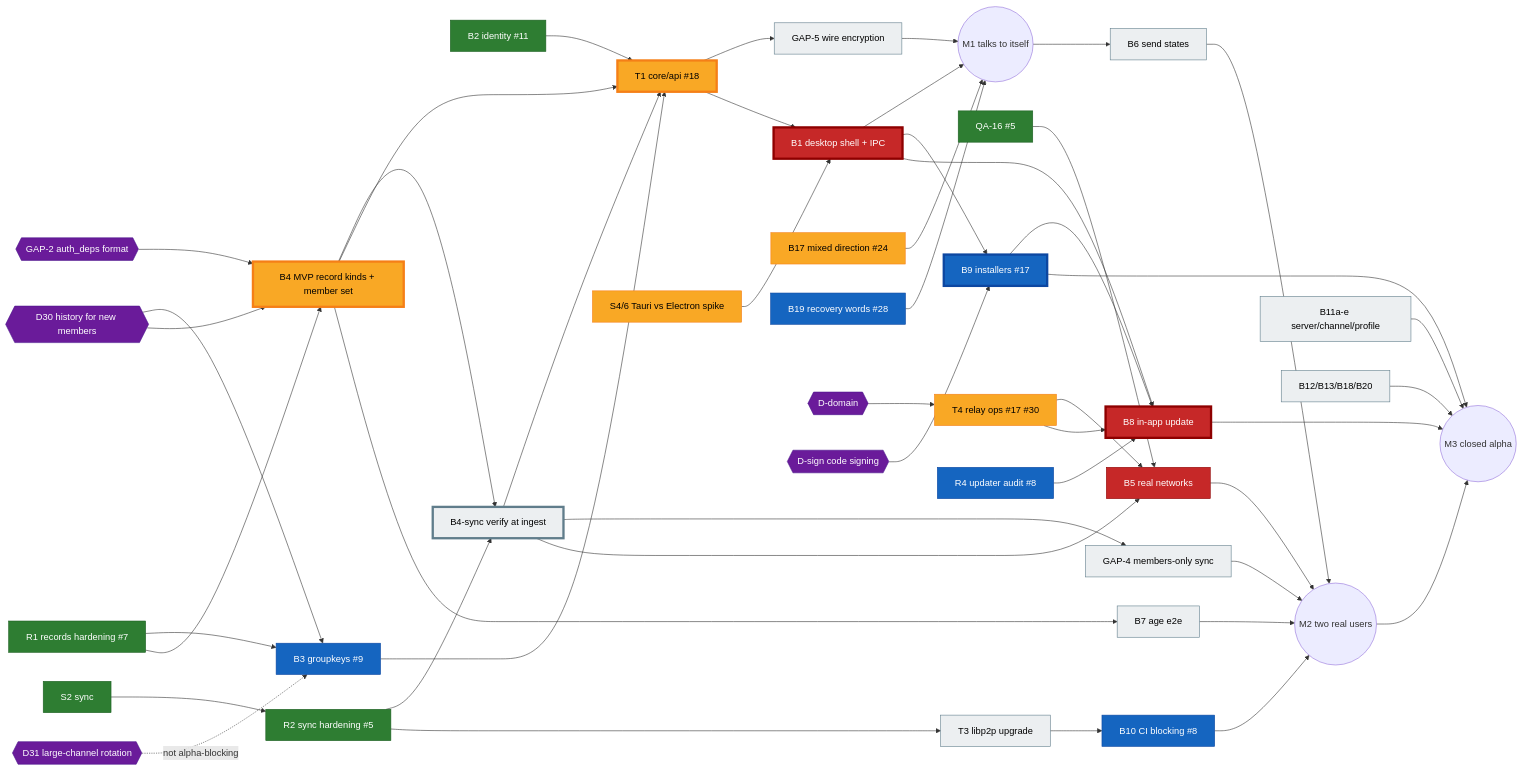
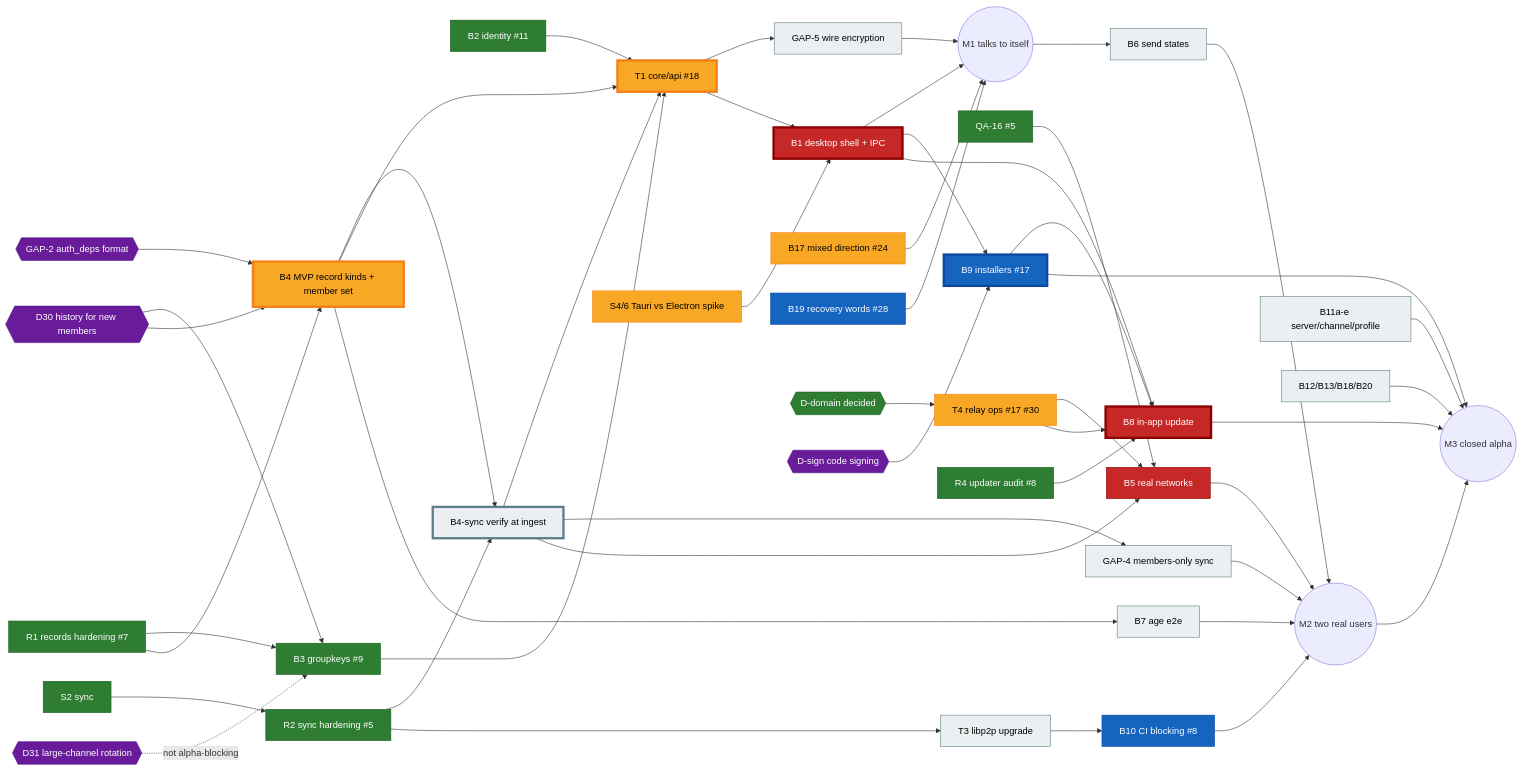
Before and after one commit to moranmoa/MVP: the diagram in docs/BOARD.md, drawn with Mermaid. The commit also changed other lines of this file, not shown here.

Commit message:
docs(board): #8/#9/#22/#26/#27 merged; domain decided (<relay-domain>), B24 + UX-10 unblocked

````diff
--- a/docs/BOARD.md
+++ b/docs/BOARD.md
@@ -164,60 +159,60 @@
 ```mermaid
 graph LR
   classDef done fill:#2e7d32,color:#fff,stroke:#1b5e20
   classDef review fill:#1565c0,color:#fff,stroke:#0d47a1
   classDef prog fill:#f9a825,color:#000,stroke:#f57f17
   classDef blocked fill:#c62828,color:#fff,stroke:#8e0000
   classDef todo fill:#eceff1,color:#000,stroke:#607d8b
   classDef decision fill:#6a1b9a,color:#fff,stroke:#4a148c
   classDef crit stroke-width:4px
 
   R1[R1 records hardening #7]:::done
   S2[S2 sync]:::done --> R2[R2 sync hardening #5]:::done
   B2[B2 identity #11]:::done
-  R1 --> B3[B3 groupkeys #9]:::review
+  R1 --> B3[B3 groupkeys #9]:::done
   D30{{D30 history for new members}}:::decision --> B3
   D30 --> B4
   D31{{D31 large-channel rotation}}:::decision -. not alpha-blocking .-> B3
   GAP2{{GAP-2 auth_deps format}}:::decision --> B4
   R1 --> B4[B4 MVP record kinds + member set]:::prog
   R2 --> B4S[B4-sync verify at ingest]:::todo
   B4 --> B4S
   B2 --> T1[T1 core/api #18]:::prog
   B3 --> T1
   B4 --> T1
   B4S --> T1
   T1 --> G5[GAP-5 wire encryption]:::todo
   S46[S4/6 Tauri vs Electron spike]:::prog --> B1[B1 desktop shell + IPC]:::blocked
   T1 --> B1
   G5 --> M1((M1 talks to itself))
   B1 --> M1
   B17[B17 mixed direction #24]:::prog --> M1
   B19[B19 recovery words #28]:::review --> M1
 
   QA16[QA-16 #5]:::done --> B5
-  DD{{D-domain}}:::decision --> T4[T4 relay ops #17 #30]:::prog
+  DD{{D-domain decided}}:::done --> T4[T4 relay ops #17 #30]:::prog
   T4 --> B5[B5 real networks]:::blocked
   B4S --> G4[GAP-4 members-only sync]:::todo --> M2
   B4S --> B5
   M1 --> B6[B6 send states]:::todo
   B4 --> B7[B7 age e2e]:::todo
   B5 --> M2((M2 two real users))
   B6 --> M2
   B7 --> M2
   R2 --> T3[T3 libp2p upgrade]:::todo --> B10[B10 CI blocking #8]:::review
   B10 --> M2
 
   B1 --> B9[B9 installers #17]:::review
   DS{{D-sign code signing}}:::decision --> B9
-  R4[R4 updater audit #8]:::review --> B8[B8 in-app update]:::blocked
+  R4[R4 updater audit #8]:::done --> B8[B8 in-app update]:::blocked
   B1 --> B8
   B9 --> B8
   T4 --> B8
   M2 --> M3((M3 closed alpha))
   B8 --> M3
   B9 --> M3
   B11[B11a-e server/channel/profile]:::todo --> M3
   B12[B12/B13/B18/B20]:::todo --> M3
 
   class B4,B4S,T1,B1,B9,B8 crit
 ```
````
